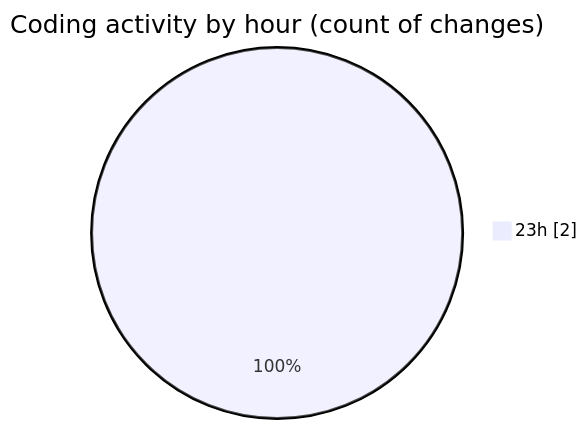
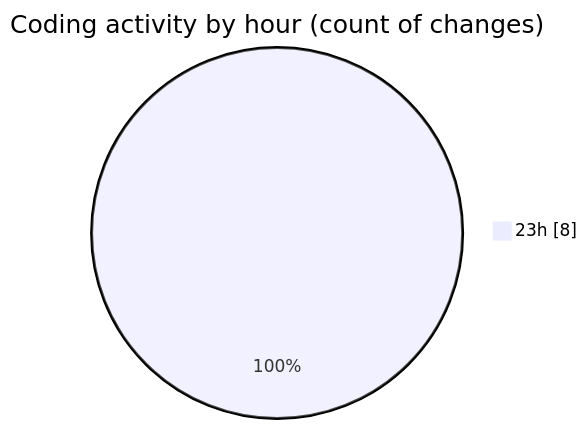
Before and after one commit to FixMe24/code-tracking: the second of 2 diagrams in 2025-05-19/fixme24/README.md, drawn with Mermaid. The commit also changed other lines of this file and 1 other file, not shown here.

````diff
--- a/2025-05-19/fixme24/README.md
+++ b/2025-05-19/fixme24/README.md
@@ -30,5 +33,5 @@
 ```mermaid
 pie showData
 title Coding activity by hour (count of changes)
-"23h" : 2
+"23h" : 8
 ```
````
